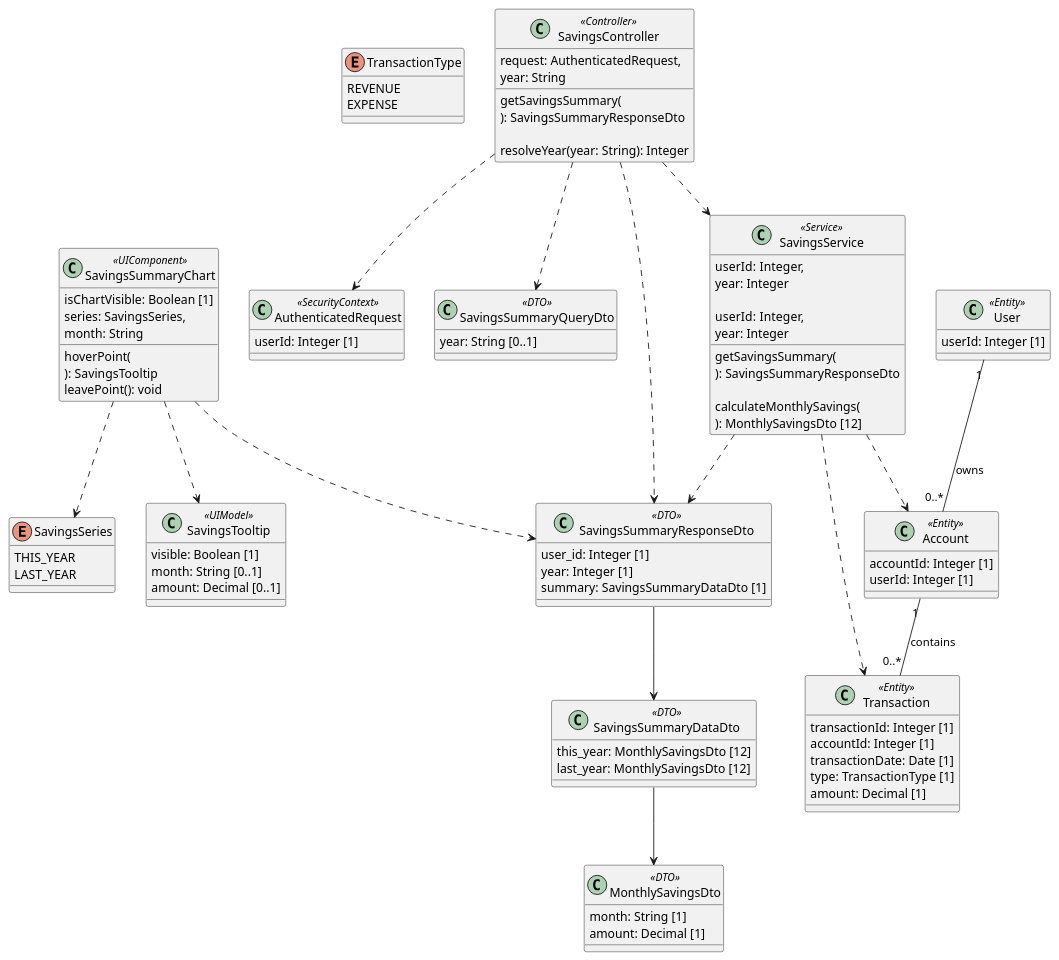
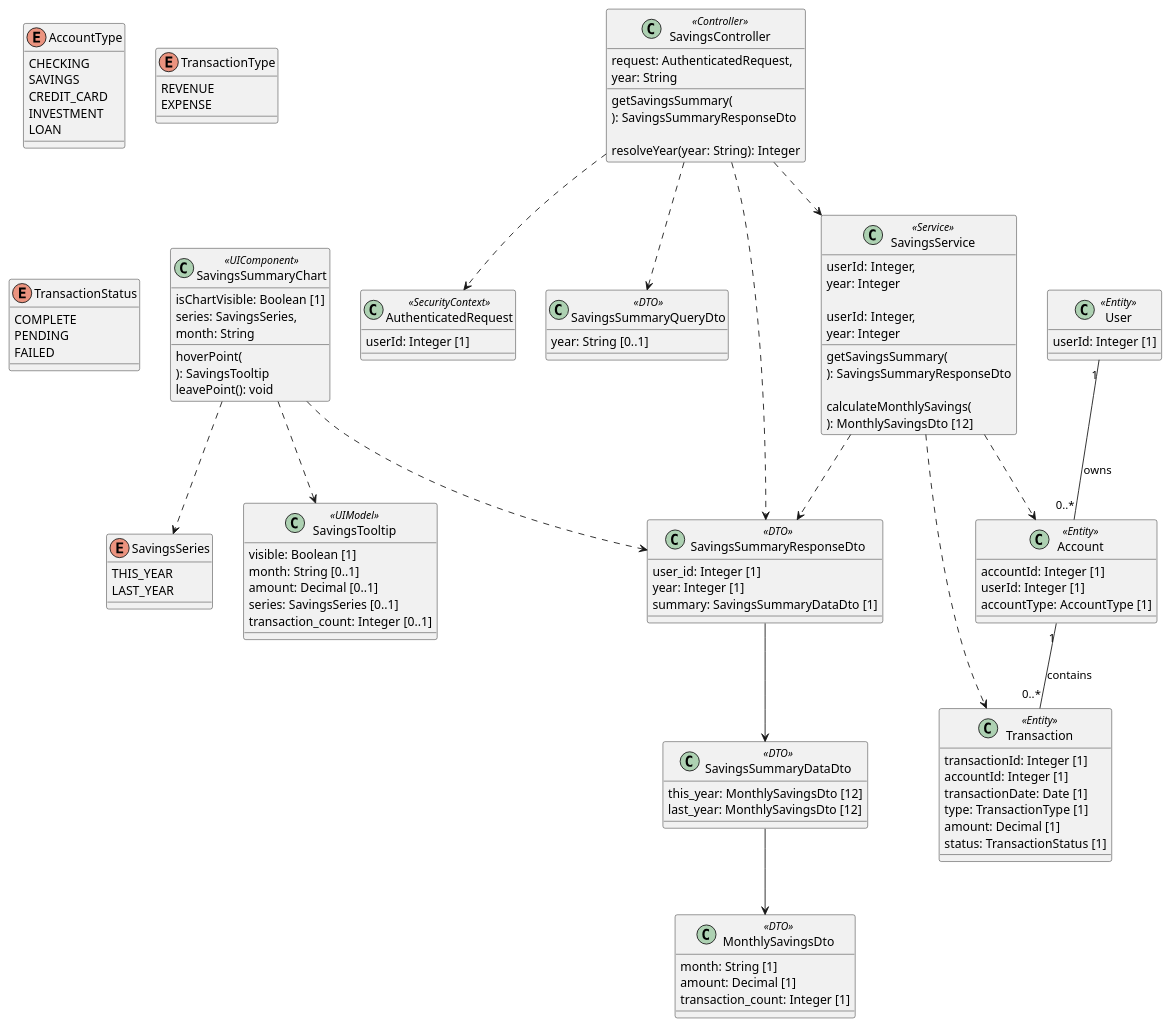
One commit to tudzct/business-vibe-coding changed the diagram in docs/01-inception/use-cases/uc-16-view-savings-summary.md. Above: the diagram before and after it, drawn with PlantUML. The commit also changed other lines of this file and 74 other files, not shown here.

```diff
--- a/docs/01-inception/use-cases/uc-16-view-savings-summary.md
+++ b/docs/01-inception/use-cases/uc-16-view-savings-summary.md
@@ -99,9 +97,23 @@
 ~~~plantuml
 @startuml
+
+enum AccountType {
+  CHECKING
+  SAVINGS
+  CREDIT_CARD
+  INVESTMENT
+  LOAN
+}
 
 enum TransactionType {
   REVENUE
   EXPENSE
+}
+
+enum TransactionStatus {
+  COMPLETE
+  PENDING
+  FAILED
 }
 
 enum SavingsSeries {
@@ -120,6 +132,7 @@
 class Account <<Entity>> {
   accountId: Integer [1]
   userId: Integer [1]
+  accountType: AccountType [1]
 }
 
 class Transaction <<Entity>> {
@@ -128,6 +141,7 @@
   transactionDate: Date [1]
   type: TransactionType [1]
   amount: Decimal [1]
+  status: TransactionStatus [1]
 }
 
 class SavingsSummaryQueryDto <<DTO>> {
@@ -137,6 +151,7 @@
 class MonthlySavingsDto <<DTO>> {
   month: String [1]
   amount: Decimal [1]
+  transaction_count: Integer [1]
 }
 
 class SavingsSummaryDataDto <<DTO>> {
@@ -175,6 +190,8 @@
   visible: Boolean [1]
   month: String [0..1]
   amount: Decimal [0..1]
+  series: SavingsSeries [0..1]
+  transaction_count: Integer [0..1]
 }
 
 class SavingsSummaryChart <<UIComponent>> {
```
